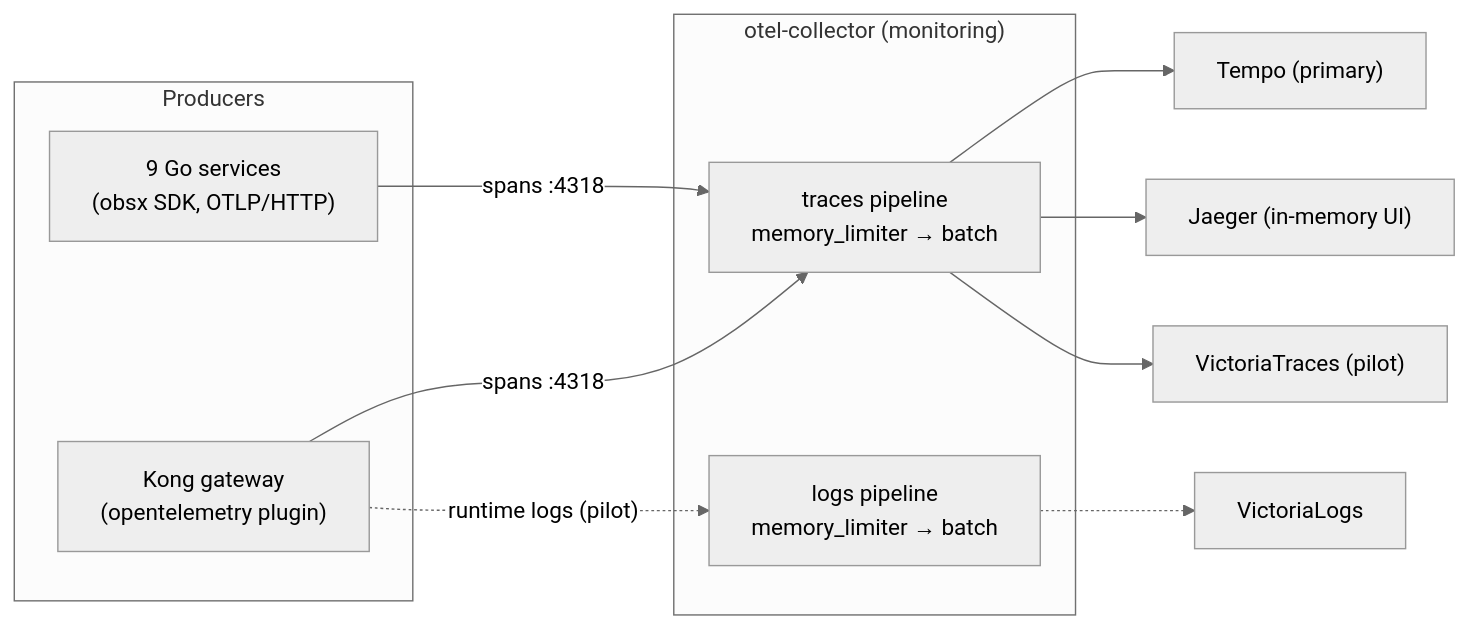
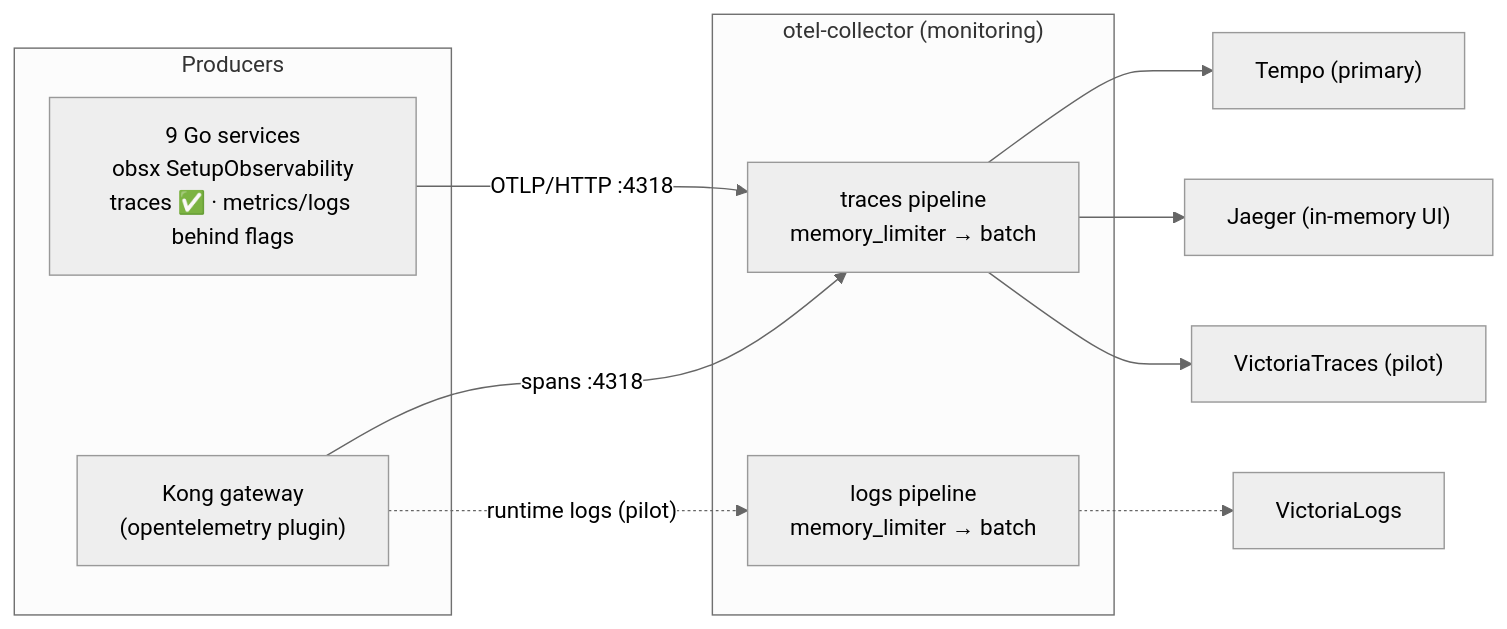
The first of 2 diagrams in docs/observability/opentelemetry.md (duynhlab/homelab), drawn with Mermaid (neutral theme) before and after one commit. The commit also changed other lines of this file and 2 other files, not shown here.

````diff
--- a/docs/observability/opentelemetry.md
+++ b/docs/observability/opentelemetry.md
@@ -73,18 +132,18 @@
 ```mermaid
 flowchart LR
     subgraph Producers
-        SVC["9 Go services<br/>(obsx SDK, OTLP/HTTP)"]
+        SVC["9 Go services<br/>obsx SetupObservability<br/>traces ✅ · metrics/logs behind flags"]
         KONG["Kong gateway<br/>(opentelemetry plugin)"]
     end
     subgraph Collector["otel-collector (monitoring)"]
         TP["traces pipeline<br/>memory_limiter → batch"]
         LP["logs pipeline<br/>memory_limiter → batch"]
     end
-    SVC -->|"spans :4318"| TP
+    SVC -->|"OTLP/HTTP :4318"| TP
     KONG -->|"spans :4318"| TP
     KONG -.->|"runtime logs (pilot)"| LP
     TP --> TEMPO["Tempo (primary)"]
     TP --> JAEGER["Jaeger (in-memory UI)"]
     TP --> VT["VictoriaTraces (pilot)"]
     LP -.-> VL["VictoriaLogs"]
 ```
````
